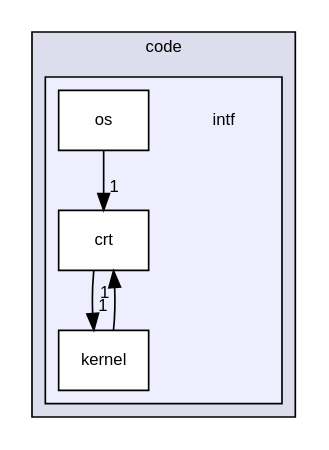
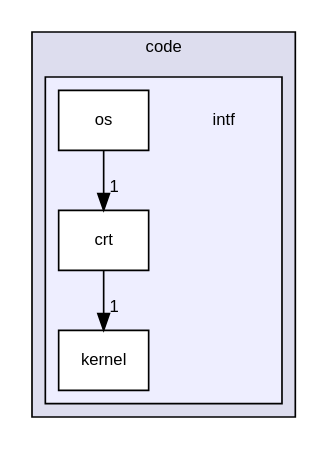
The diagram in docs/dir_7cfd3f5206138927fc05cd40aea58664_dep.dot (jrbuchanan02/garbage-os), drawn with Graphviz before and after one commit. The commit also changed 73 other files, not shown here.

```diff
--- a/docs/dir_7cfd3f5206138927fc05cd40aea58664_dep.dot
+++ b/docs/dir_7cfd3f5206138927fc05cd40aea58664_dep.dot
@@ -1,18 +1,17 @@
 digraph "gos/code/intf" {
   compound=true
   node [ fontsize="10", fontname="Helvetica"];
   edge [ labelfontsize="10", labelfontname="Helvetica"];
   subgraph clusterdir_f4f4a43ee1c99abf85fe514583a18cbf {
     graph [ bgcolor="#ddddee", pencolor="black", label="code" fontname="Helvetica", fontsize="10", URL="dir_f4f4a43ee1c99abf85fe514583a18cbf.html"]
   subgraph clusterdir_7cfd3f5206138927fc05cd40aea58664 {
     graph [ bgcolor="#eeeeff", pencolor="black", label="" URL="dir_7cfd3f5206138927fc05cd40aea58664.html"];
     dir_7cfd3f5206138927fc05cd40aea58664 [shape=plaintext label="intf"];
     dir_582bfaf57991847c1e2cab9bb85e066a [shape=box label="crt" color="black" fillcolor="white" style="filled" URL="dir_582bfaf57991847c1e2cab9bb85e066a.html"];
     dir_0233dff05e1f363759454728986c035f [shape=box label="kernel" color="black" fillcolor="white" style="filled" URL="dir_0233dff05e1f363759454728986c035f.html"];
     dir_2069c17fd613e10df80fa0047dd7b772 [shape=box label="os" color="black" fillcolor="white" style="filled" URL="dir_2069c17fd613e10df80fa0047dd7b772.html"];
   }
   }
   dir_582bfaf57991847c1e2cab9bb85e066a->dir_0233dff05e1f363759454728986c035f [headlabel="1", labeldistance=1.5 headhref="dir_000007_000008.html"];
   dir_2069c17fd613e10df80fa0047dd7b772->dir_582bfaf57991847c1e2cab9bb85e066a [headlabel="1", labeldistance=1.5 headhref="dir_000009_000007.html"];
-  dir_0233dff05e1f363759454728986c035f->dir_582bfaf57991847c1e2cab9bb85e066a [headlabel="1", labeldistance=1.5 headhref="dir_000008_000007.html"];
 }
```
